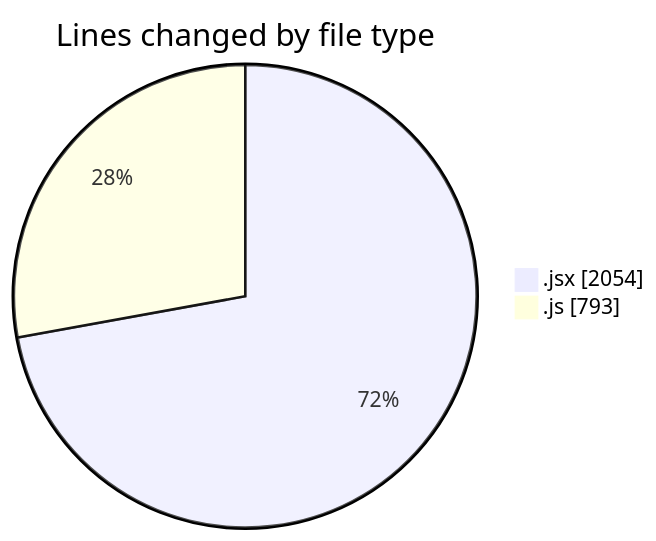
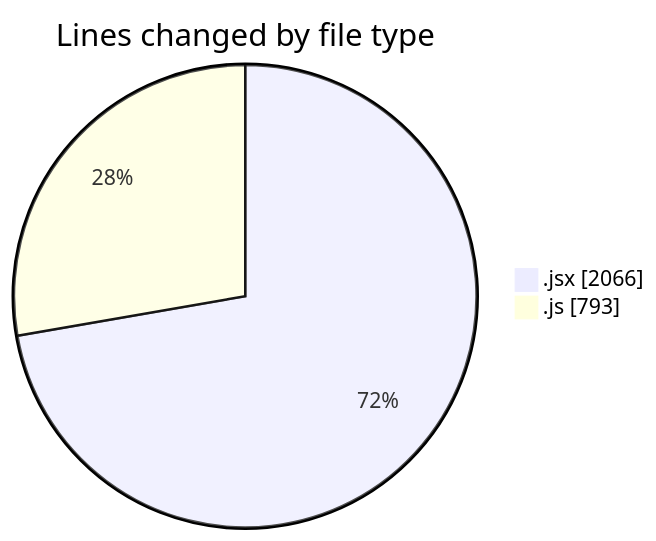
One commit to nxtqubesakshisongat/code-tracking changed the first of 2 diagrams in 2025-10-27/nxtqube_webapp/README.md. Above: the diagram before and after it, drawn with Mermaid. The commit also changed other lines of this file and 1 other file, not shown here.

````diff
--- a/2025-10-27/nxtqube_webapp/README.md
+++ b/2025-10-27/nxtqube_webapp/README.md
@@ -22,6 +22,6 @@
 ```mermaid
 pie showData
 title Lines changed by file type
-".jsx" : 2054
+".jsx" : 2066
 ".js" : 793
 ```
````
